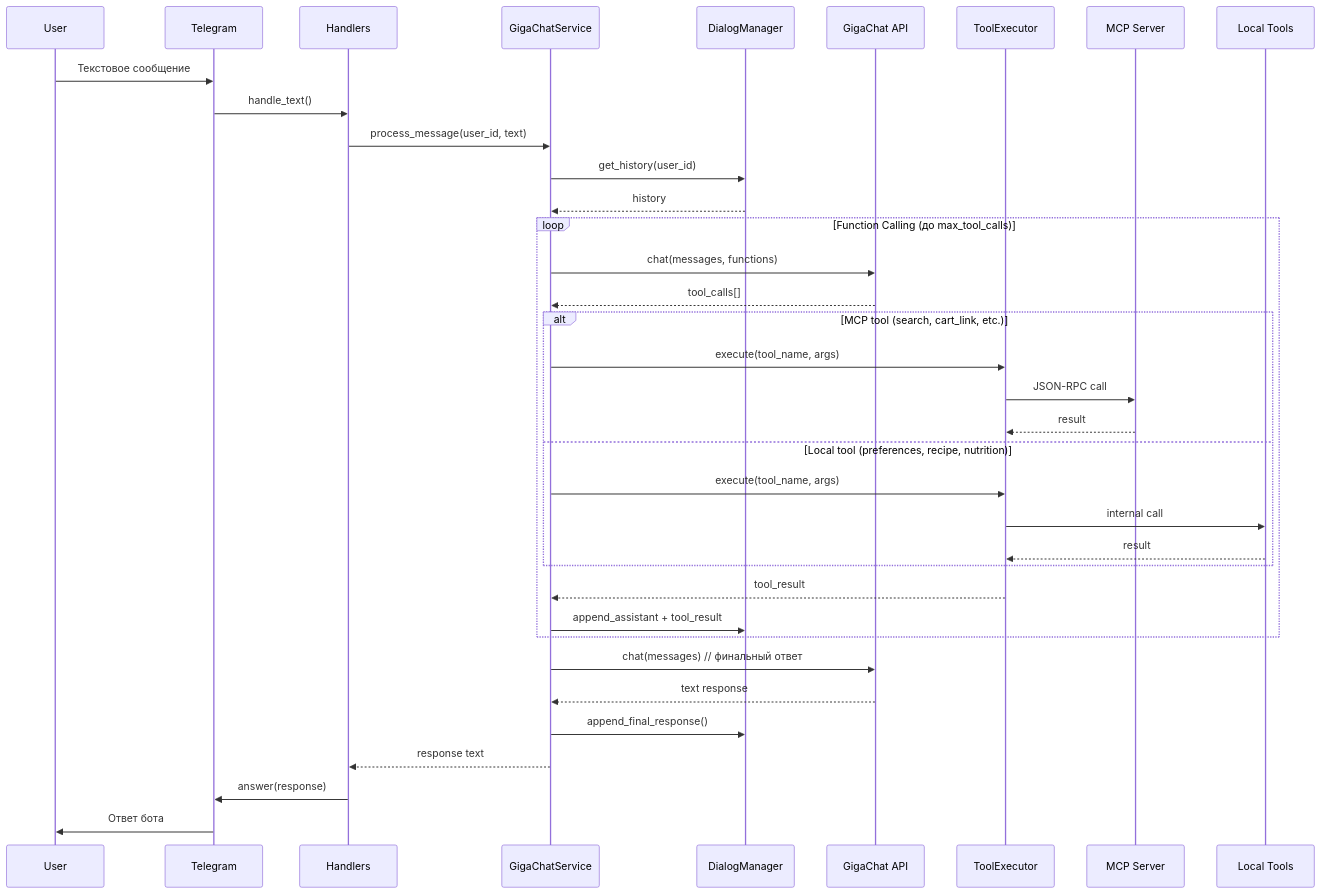
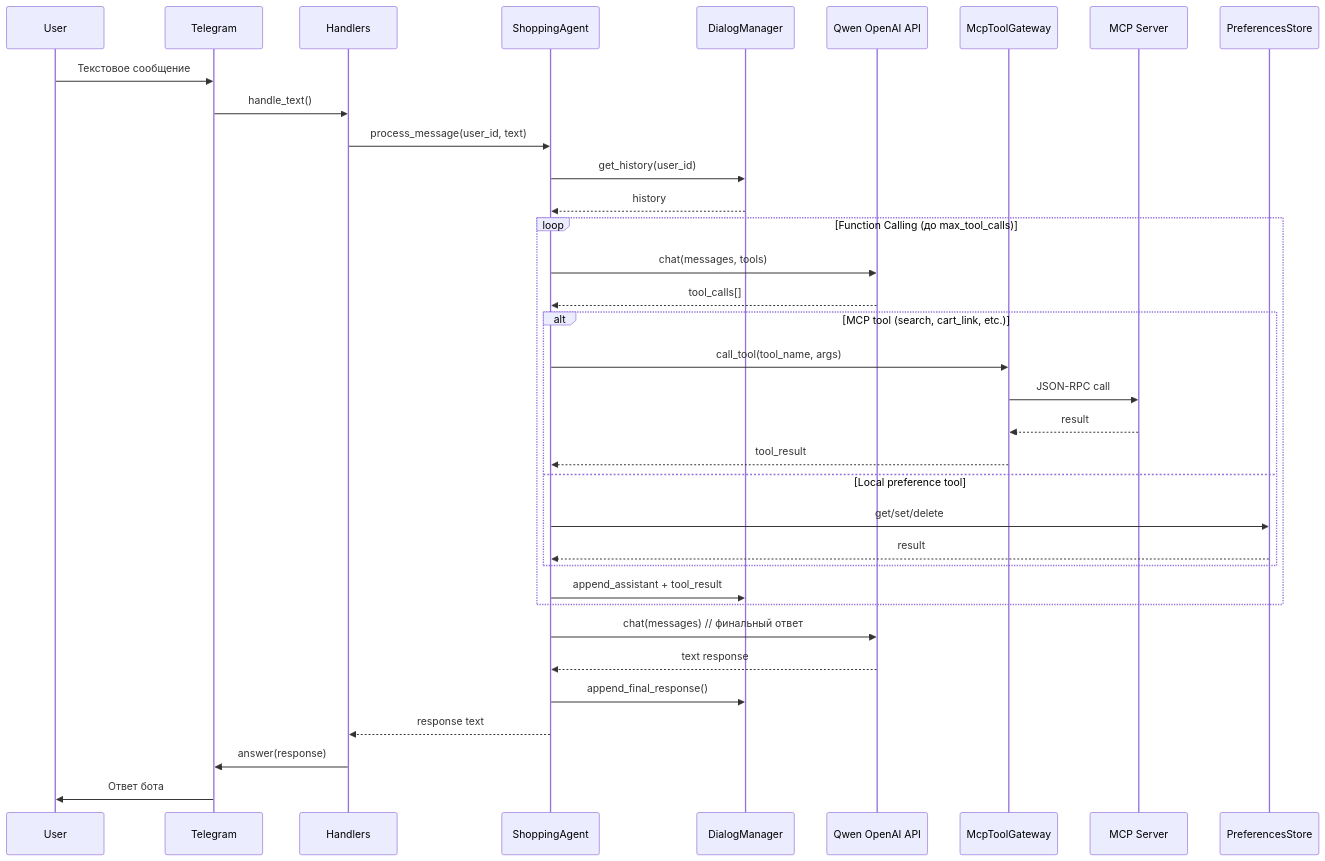
The fourth of 8 diagrams in docs/ARCHITECTURE.md (mrPDA/vkuswill_bot), drawn with Mermaid before and after one commit. The commit also changed other lines of this file and 3 other files, not shown here.

Commit message:
docs: refresh architecture and response contract runbooks

````diff
--- a/docs/ARCHITECTURE.md
+++ b/docs/ARCHITECTURE.md
@@ -238,44 +234,43 @@
 ```mermaid
 sequenceDiagram
     participant User
     participant TG as Telegram
     participant H as Handlers
-    participant GCS as GigaChatService
+    participant Agent as ShoppingAgent
     participant DM as DialogManager
-    participant GC as GigaChat API
-    participant TE as ToolExecutor
+    participant LLM as Qwen OpenAI API
+    participant Gateway as McpToolGateway
     participant MCP as MCP Server
-    participant Local as Local Tools
+    participant Prefs as PreferencesStore
 
     User->>TG: Текстовое сообщение
     TG->>H: handle_text()
-    H->>GCS: process_message(user_id, text)
+    H->>Agent: process_message(user_id, text)
     
-    GCS->>DM: get_history(user_id)
-    DM-->>GCS: history
+    Agent->>DM: get_history(user_id)
+    DM-->>Agent: history
     
     loop Function Calling (до max_tool_calls)
-        GCS->>GC: chat(messages, functions)
-        GC-->>GCS: tool_calls[]
+        Agent->>LLM: chat(messages, tools)
+        LLM-->>Agent: tool_calls[]
         
         alt MCP tool (search, cart_link, etc.)
-            GCS->>TE: execute(tool_name, args)
-            TE->>MCP: JSON-RPC call
-            MCP-->>TE: result
-        else Local tool (preferences, recipe, nutrition)
-            GCS->>TE: execute(tool_name, args)
-            TE->>Local: internal call
-            Local-->>TE: result
+            Agent->>Gateway: call_tool(tool_name, args)
+            Gateway->>MCP: JSON-RPC call
+            MCP-->>Gateway: result
+            Gateway-->>Agent: tool_result
+        else Local preference tool
+            Agent->>Prefs: get/set/delete
+            Prefs-->>Agent: result
         end
         
-        TE-->>GCS: tool_result
-        GCS->>DM: append_assistant + tool_result
+        Agent->>DM: append_assistant + tool_result
     end
     
-    GCS->>GC: chat(messages) // финальный ответ
-    GC-->>GCS: text response
-    GCS->>DM: append_final_response()
-    GCS-->>H: response text
+    Agent->>LLM: chat(messages) // финальный ответ
+    LLM-->>Agent: text response
+    Agent->>DM: append_final_response()
+    Agent-->>H: response text
     H->>TG: answer(response)
     TG->>User: Ответ бота
 ```
````
